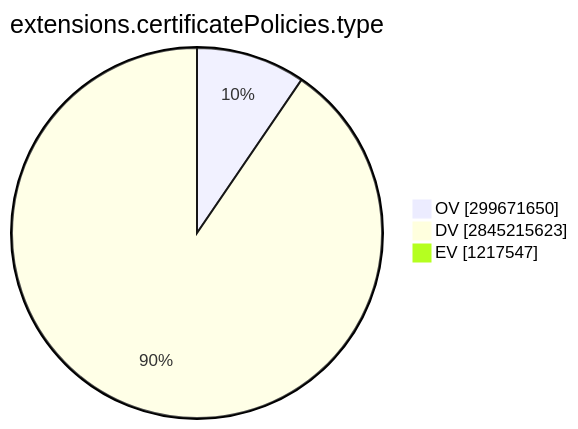
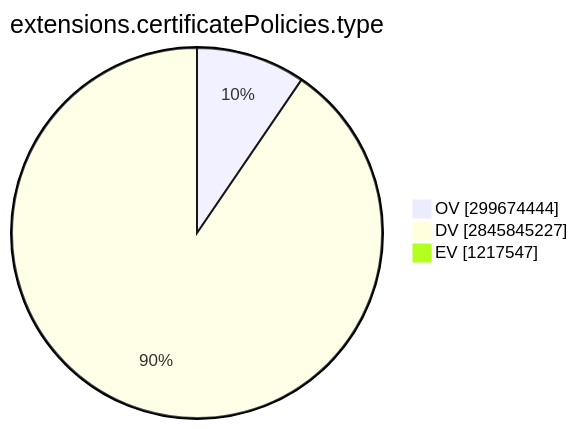
Before and after one commit to christiankrug/ctmonitor_visualization: the ninth of 15 diagrams in TOTAL/README.md, drawn with Mermaid. The commit also changed other lines of this file, not shown here.

````diff
--- a/TOTAL/README.md
+++ b/TOTAL/README.md
@@ -3101,7 +3101,7 @@
 ```mermaid
 pie showData
 title extensions.certificatePolicies.type
-"OV" :299671650
-"DV" :2845215623
+"OV" :299674444
+"DV" :2845845227
 "EV" :1217547
 ```
````
